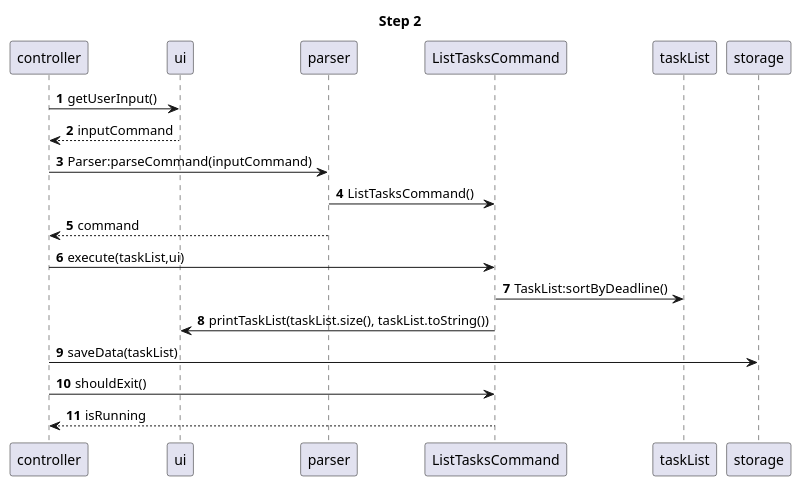
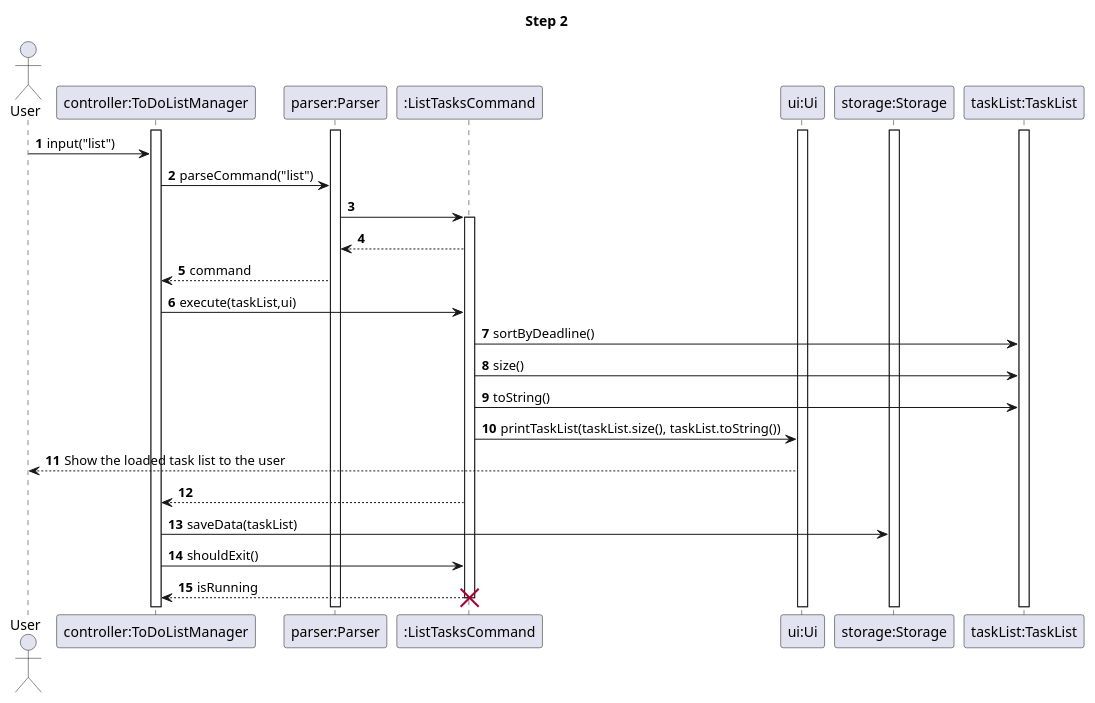
Before and after one commit to nus-cs2113-AY2223S2/tp: the diagram in docs/diagrams/StorageSequenceDiagramStep2.puml, drawn with PlantUML. The commit also changed 9 other files, not shown here.

Commit message:
Update developer guide and sequence diagrams and delete unnecessary file

```diff
--- a/docs/diagrams/StorageSequenceDiagramStep2.puml
+++ b/docs/diagrams/StorageSequenceDiagramStep2.puml
@@ -1,18 +1,40 @@
 @startuml
 'https://plantuml.com/sequence-diagram
 
 autonumber
+actor User
+participant "controller:ToDoListManager" as ToDoListManager
+participant "parser:Parser" as Parser
+participant ":ListTasksCommand" as ListTasksCommand
+participant "ui:Ui" as Ui
+participant "storage:Storage" as Storage
+participant "taskList:TaskList" as TaskList
+
+
 title Step 2
-controller -> ui:getUserInput()
-controller <-- ui:inputCommand
-controller -> parser:Parser:parseCommand(inputCommand)
-parser -> ListTasksCommand:ListTasksCommand()
-controller <-- parser:command
-controller -> ListTasksCommand:execute(taskList,ui)
-ListTasksCommand -> taskList:TaskList:sortByDeadline()
-ListTasksCommand -> ui:printTaskList(taskList.size(), taskList.toString())
-controller -> storage:saveData(taskList)
-controller -> ListTasksCommand:shouldExit()
-controller <-- ListTasksCommand:isRunning
+activate ToDoListManager
+activate Parser
+activate Ui
+activate Storage
+activate TaskList
+User -> ToDoListManager:input("list")
+ToDoListManager -> Parser:parseCommand("list")
+
+Parser -> ListTasksCommand
+activate ListTasksCommand
+Parser <-- ListTasksCommand
+ToDoListManager <-- Parser:command
+ToDoListManager -> ListTasksCommand:execute(taskList,ui)
+ListTasksCommand -> TaskList:sortByDeadline()
+ListTasksCommand -> TaskList:size()
+ListTasksCommand -> TaskList:toString()
+ListTasksCommand -> Ui:printTaskList(taskList.size(), taskList.toString())
+Ui --> User:Show the loaded task list to the user
+
+ToDoListManager <-- ListTasksCommand
+ToDoListManager -> Storage:saveData(taskList)
+ToDoListManager -> ListTasksCommand:shouldExit()
+ToDoListManager <-- ListTasksCommand:isRunning
+destroy ListTasksCommand
 
 @enduml
```
